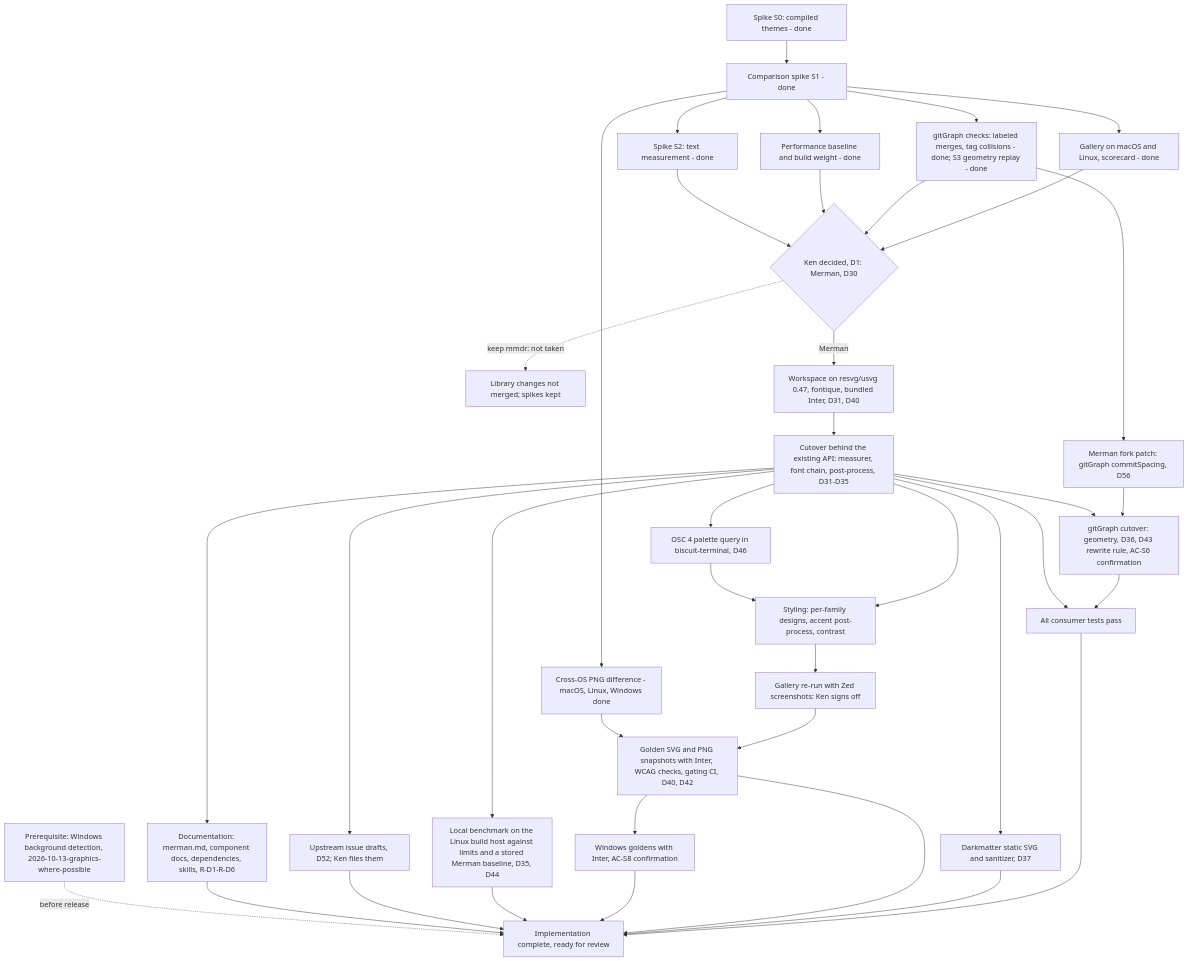
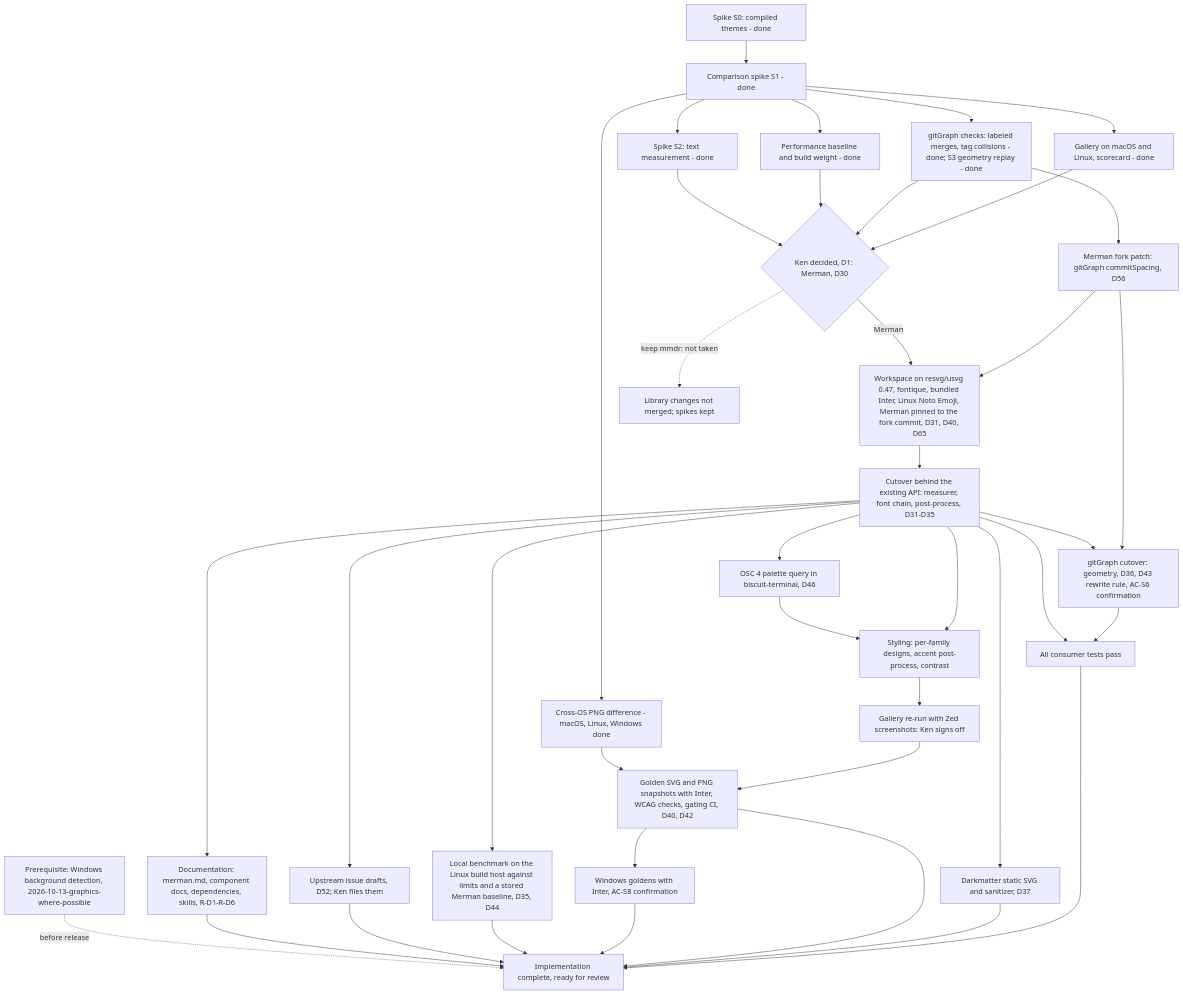
One commit to yankeeinlondon/rusty-biscuit changed the second of 2 diagrams in biscuit-visualized/features/2026-10-21-merman/spec.md. Above: the diagram before and after it, drawn with Mermaid. The commit also changed other lines of this file and 2 other files, not shown here.

First line of the commit message:
planning(biscuit-visualized): reconcile merman spec and plan consistency

````diff
--- a/biscuit-visualized/features/2026-10-21-merman/spec.md
+++ b/biscuit-visualized/features/2026-10-21-merman/spec.md
@@ -1458,40 +1461,41 @@
 ```mermaid
 flowchart TD
     S0[Spike S0: compiled themes - done] --> S
     S[Comparison spike S1 - done] --> G[Gallery on macOS and Linux, scorecard - done]
     S --> V[gitGraph checks: labeled merges, tag collisions - done; S3 geometry replay - done]
     S --> B[Performance baseline and build weight - done]
     S --> X[Cross-OS PNG difference - macOS, Linux, Windows done]
     S --> S2[Spike S2: text measurement - done]
     G --> K{Ken decided, D1: Merman, D30}
     V --> K
     B --> K
     S2 --> K
     V --> FK[Merman fork patch: gitGraph commitSpacing, D56]
     FK --> GG
+    FK --> U
     K -.->|keep mmdr: not taken| RB[Library changes not merged; spikes kept]
-    K -->|Merman| U[Workspace on resvg/usvg 0.47, fontique, bundled Inter, D31, D40]
+    K -->|Merman| U[Workspace on resvg/usvg 0.47, fontique, bundled Inter, Linux Noto Emoji, Merman pinned to the fork commit, D31, D40, D65]
     U --> C[Cutover behind the existing API: measurer, font chain, post-process, D31-D35]
     C --> GG[gitGraph cutover: geometry, D36, D43 rewrite rule, AC-S6 confirmation]
     GG --> CT[All consumer tests pass]
     C --> CT
     C --> DM[Darkmatter static SVG and sanitizer, D37]
     C --> T[Styling: per-family designs, accent post-process, contrast]
     C --> UP[Upstream issue drafts, D52; Ken files them]
     C --> P[OSC 4 palette query in biscuit-terminal, D46]
     P --> T
     T --> R[Gallery re-run with Zed screenshots: Ken signs off]
     R --> L[Golden SVG and PNG snapshots with Inter, WCAG checks, gating CI, D40, D42]
     X --> L
     L --> WL[Windows goldens with Inter, AC-S8 confirmation]
     C --> PF[Local benchmark on the Linux build host against limits and a stored Merman baseline, D35, D44]
     CT --> DONE2[Implementation complete, ready for review]
     DM --> DONE2
     L --> DONE2
     WL --> DONE2
     PF --> DONE2
     UP --> DONE2
     C --> DOC[Documentation: merman.md, component docs, dependencies, skills, R-D1-R-D6]
     DOC --> DONE2
     W[Prerequisite: Windows background detection, 2026-10-13-graphics-where-possible] -.->|before release| DONE2
 ```
````
